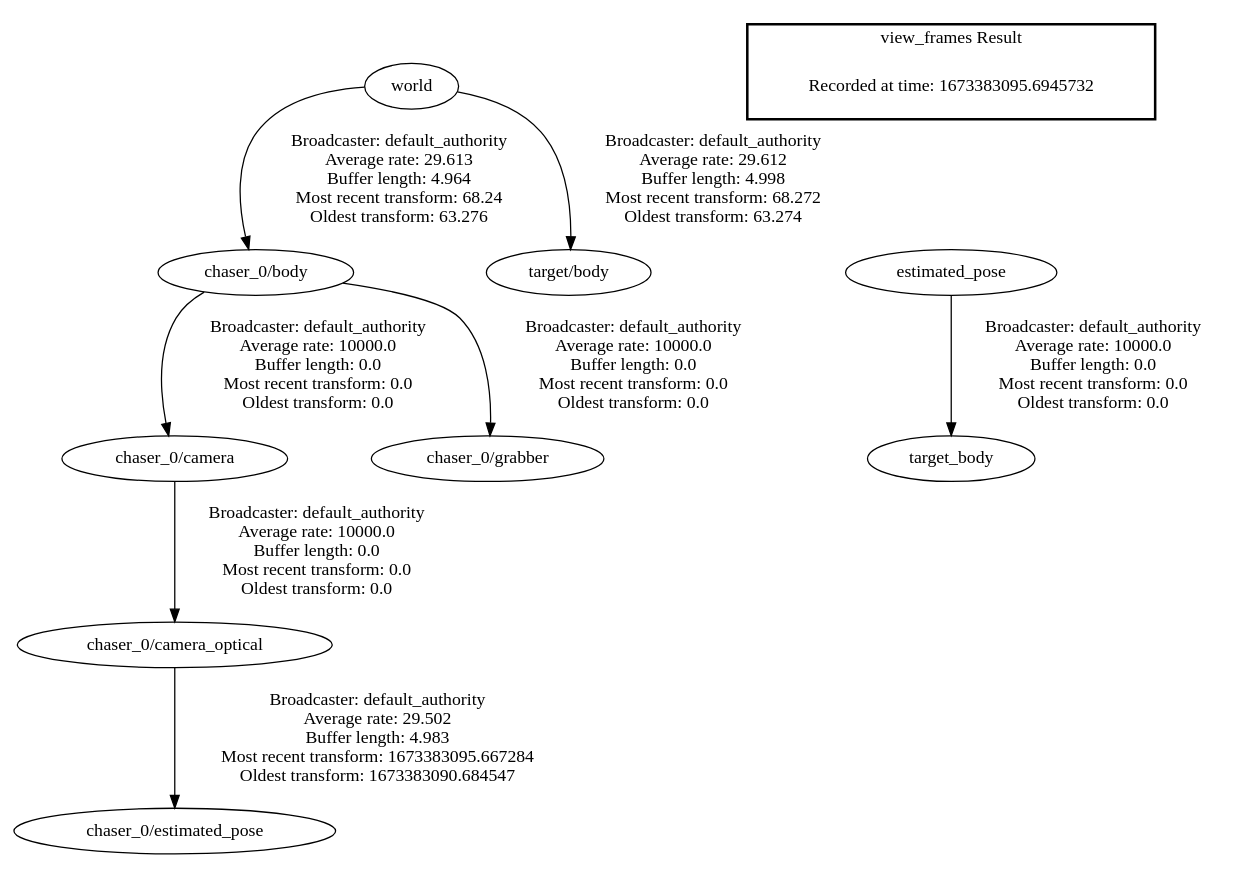
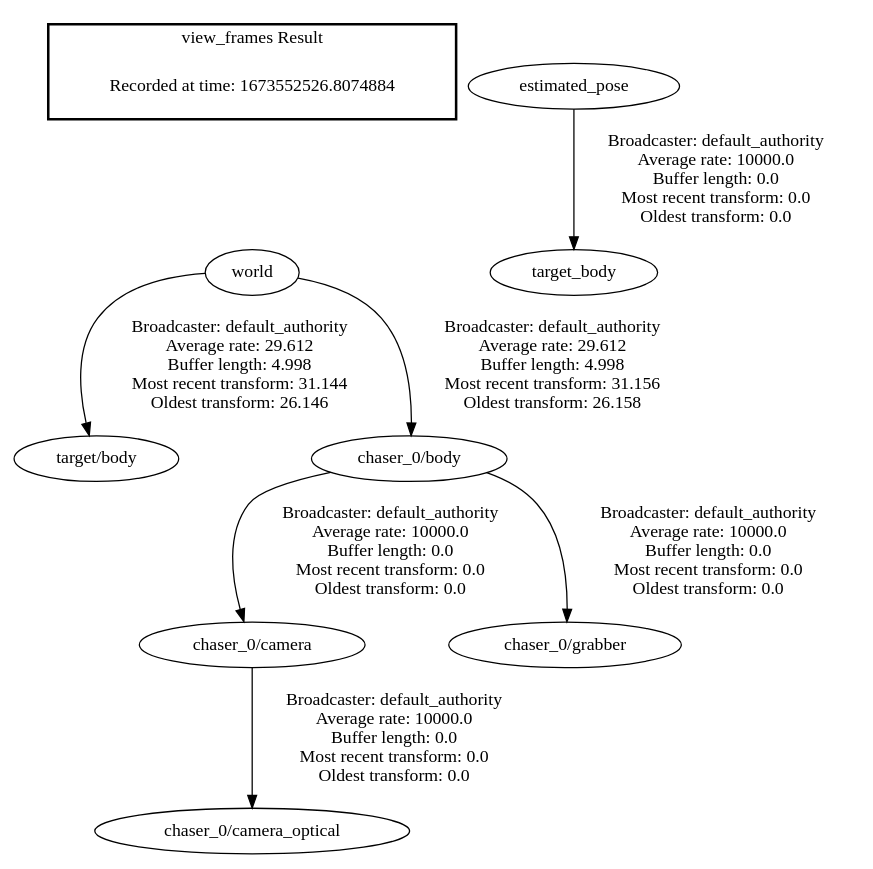
The diagram in frames.gv (frank20a/collaborative-sats), drawn with Graphviz before and after one commit. The commit also changed 2 other files, not shown here.

```diff
--- a/frames.gv
+++ b/frames.gv
@@ -1,13 +1,12 @@
 digraph G {
+"world" -> "target/body"[label=" Broadcaster: default_authority\nAverage rate: 29.612\nBuffer length: 4.998\nMost recent transform: 31.144\nOldest transform: 26.146\n"];
+"estimated_pose" -> "target_body"[label=" Broadcaster: default_authority\nAverage rate: 10000.0\nBuffer length: 0.0\nMost recent transform: 0.0\nOldest transform: 0.0\n"];
+"world" -> "chaser_0/body"[label=" Broadcaster: default_authority\nAverage rate: 29.612\nBuffer length: 4.998\nMost recent transform: 31.156\nOldest transform: 26.158\n"];
 "chaser_0/body" -> "chaser_0/camera"[label=" Broadcaster: default_authority\nAverage rate: 10000.0\nBuffer length: 0.0\nMost recent transform: 0.0\nOldest transform: 0.0\n"];
-"world" -> "chaser_0/body"[label=" Broadcaster: default_authority\nAverage rate: 29.613\nBuffer length: 4.964\nMost recent transform: 68.24\nOldest transform: 63.276\n"];
 "chaser_0/camera" -> "chaser_0/camera_optical"[label=" Broadcaster: default_authority\nAverage rate: 10000.0\nBuffer length: 0.0\nMost recent transform: 0.0\nOldest transform: 0.0\n"];
 "chaser_0/body" -> "chaser_0/grabber"[label=" Broadcaster: default_authority\nAverage rate: 10000.0\nBuffer length: 0.0\nMost recent transform: 0.0\nOldest transform: 0.0\n"];
-"world" -> "target/body"[label=" Broadcaster: default_authority\nAverage rate: 29.612\nBuffer length: 4.998\nMost recent transform: 68.272\nOldest transform: 63.274\n"];
-"estimated_pose" -> "target_body"[label=" Broadcaster: default_authority\nAverage rate: 10000.0\nBuffer length: 0.0\nMost recent transform: 0.0\nOldest transform: 0.0\n"];
-"chaser_0/camera_optical" -> "chaser_0/estimated_pose"[label=" Broadcaster: default_authority\nAverage rate: 29.502\nBuffer length: 4.983\nMost recent transform: 1673383095.667284\nOldest transform: 1673383090.684547\n"];
 edge [style=invis];
  subgraph cluster_legend { style=bold; color=black; label ="view_frames Result";
-"Recorded at time: 1673383095.6945732"[ shape=plaintext ] ;
-}->"estimated_pose";
+"Recorded at time: 1673552526.8074884"[ shape=plaintext ] ;
+}->"world";
 }
```
